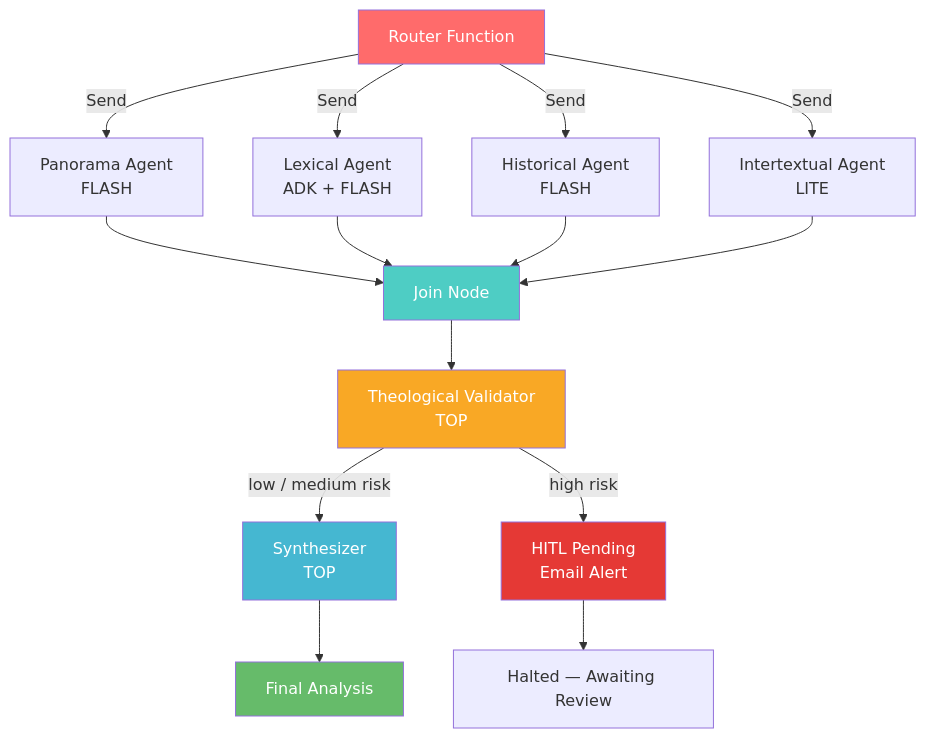
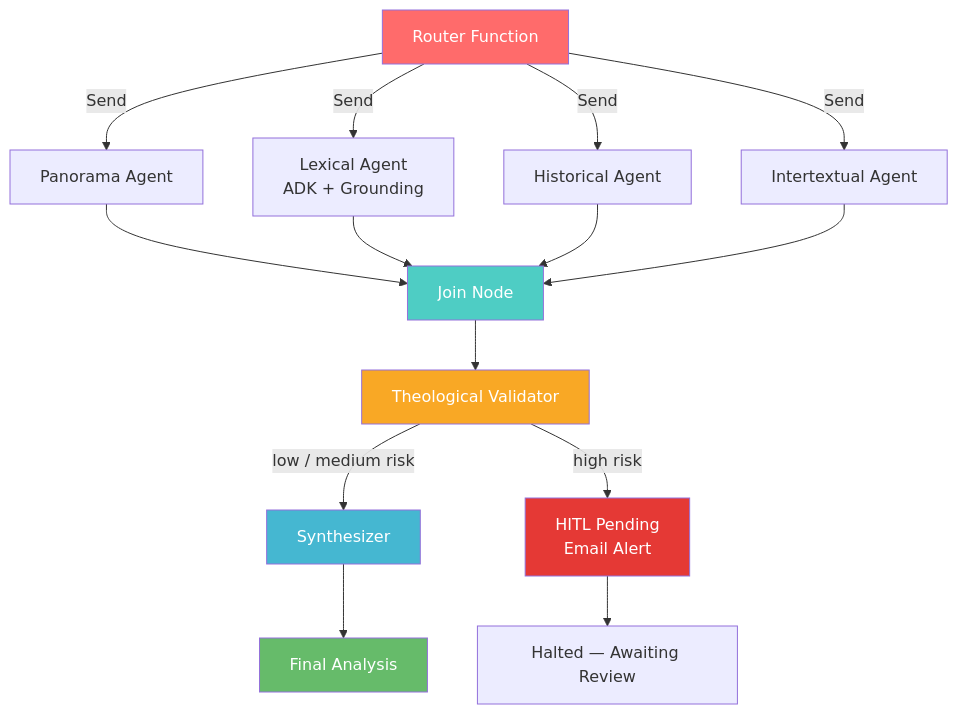
One commit to 235471/theological-langgraph-agent changed the diagram in README.md. Above: the diagram before and after it, drawn with Mermaid. The commit also changed other lines of this file and 11 other files, not shown here.

````diff
--- a/README.md
+++ b/README.md
@@ -40,26 +40,26 @@
 ```mermaid
 graph TD
-    R[Router Function] -->|Send| P[Panorama Agent<br/>FLASH]
-    R -->|Send| L[Lexical Agent<br/>ADK + FLASH]
-    R -->|Send| H[Historical Agent<br/>FLASH]
-    R -->|Send| I[Intertextual Agent<br/>LITE]
+    R[Router Function] -->|Send| P[Panorama Agent]
+    R -->|Send| L[Lexical Agent<br/>ADK + Grounding]
+    R -->|Send| H[Historical Agent]
+    R -->|Send| I[Intertextual Agent]
 
     P --> J[Join Node]
     L --> J
     H --> J
     I --> J
 
-    J --> V[Theological Validator<br/>TOP]
-    V -->|low / medium risk| S[Synthesizer<br/>TOP]
+    J --> V[Theological Validator]
+    V -->|low / medium risk| S[Synthesizer]
     V -->|high risk| HITL[HITL Pending<br/>Email Alert]
 
     S --> OUT[Final Analysis]
     HITL --> END[Halted — Awaiting Review]
 
     style R fill:#ff6b6b,color:#fff
     style J fill:#4ecdc4,color:#fff
     style V fill:#f9a825,color:#fff
     style S fill:#45b7d1,color:#fff
     style HITL fill:#e53935,color:#fff
     style OUT fill:#66bb6a,color:#fff
 ```
````
